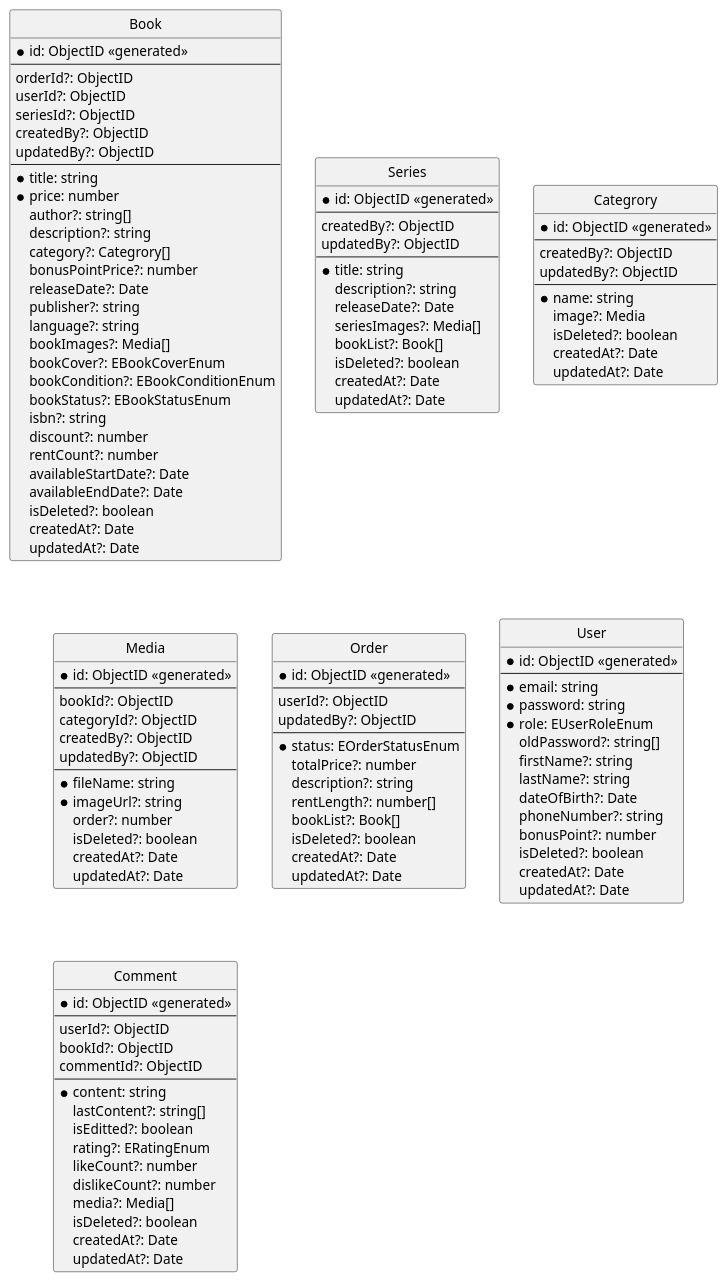
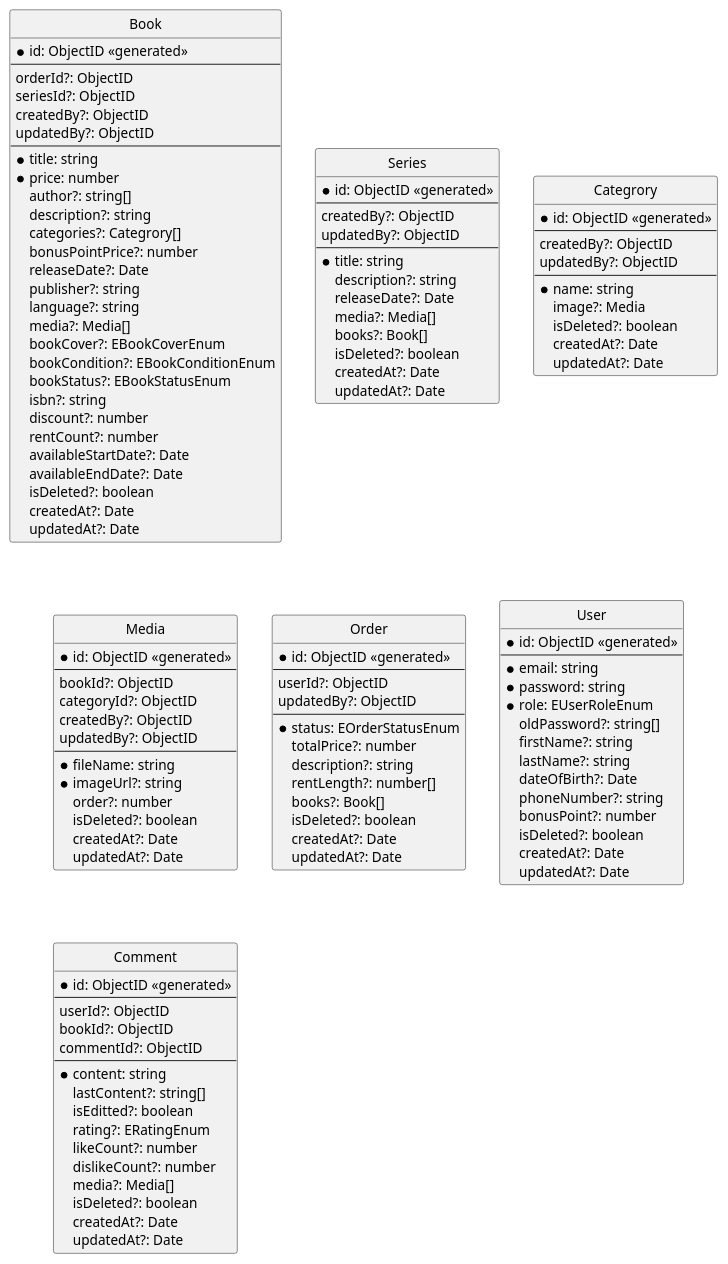
Before and after one commit to taint3110/bookshare: the diagram in docs/ERD/ERD.puml, drawn with PlantUML. The commit also changed 26 other files, not shown here.

```diff
--- a/docs/ERD/ERD.puml
+++ b/docs/ERD/ERD.puml
@@ -1,174 +1,173 @@
 @startuml BookShare Entity Relationship Diagram
 hide circle
 skinparam linetype ortho
 
 
 entity "Book" as book {
   *id: ObjectID <<generated>>
   --
   orderId?: ObjectID
-  userId?: ObjectID
   seriesId?: ObjectID
   createdBy?: ObjectID
   updatedBy?: ObjectID
   --
   *title: string
   *price: number
   author?: string[]
   description?: string
-  category?: Categrory[]
+  categories?: Categrory[]
   bonusPointPrice?: number
   releaseDate?: Date
   publisher?: string
   language?: string
-  bookImages?: Media[]
+  media?: Media[]
   bookCover?: EBookCoverEnum
   ' enum EBookCoverEnum {
   '   SOFT = 'soft',
   '   HARD = 'hard',
   ' }
   bookCondition?: EBookConditionEnum
   ' enum EBookConditionEnum {
   '   NEW = 'new',
   '   OLD = 'old',
   '   DAMAGED = 'damaged',
   '   LOST = 'lost',
   ' }
   bookStatus?: EBookStatusEnum
   ' enum EBookStatusEnum {
   '   AVAILABLE = 'available',
   '   UNAVAILABLE = 'unavailable',
   '   RENTED = '  ',
   ' }
   isbn?: string
   discount?: number
   rentCount?: number
   availableStartDate?: Date
   availableEndDate?: Date
   isDeleted?: boolean
   createdAt?: Date
   updatedAt?: Date
 }
 
 entity "Series" as series {
   *id: ObjectID <<generated>>
   --
   createdBy?: ObjectID
   updatedBy?: ObjectID
   --
   *title: string
   description?: string
   releaseDate?: Date
-  seriesImages?: Media[]
-  bookList?: Book[]
+  media?: Media[]
+  books?: Book[]
   isDeleted?: boolean
   createdAt?: Date
   updatedAt?: Date
 }
 
 
 entity "Categrory" as category {
   *id: ObjectID <<generated>>
   --
   createdBy?: ObjectID
   updatedBy?: ObjectID
   --
   *name: string
   image?: Media
   isDeleted?: boolean
   createdAt?: Date
   updatedAt?: Date
 }
 
 entity "Media" as media {
   *id: ObjectID <<generated>>
   --
   bookId?: ObjectID
   categoryId?: ObjectID
   createdBy?: ObjectID
   updatedBy?: ObjectID
   --
   *fileName: string
   *imageUrl?: string
   order?: number
   isDeleted?: boolean
   createdAt?: Date
   updatedAt?: Date
 }
 
 
 entity "Order" as order {
   *id: ObjectID <<generated>>
   --
   userId?: ObjectID
   updatedBy?: ObjectID
   --
   *status: EOrderStatusEnum
   ' enum EApplicantStatus {
   '   NEW = 'new',
   '   READY = 'ready',
   '   DONE = 'done',
   '   FAILED = 'failed',
   '   CANCELLED = 'cancelled',
   '   RETURNED = 'returned',
   '   REFUNDED = 'refunded',
   '   OVERDUE = 'overdue',
   ' }
   totalPrice?: number
   description?: string
   rentLength?: number[]
-  bookList?: Book[]
+  books?: Book[]
   isDeleted?: boolean
   createdAt?: Date
   updatedAt?: Date
 }
 
 entity "User" as user {
   *id: ObjectID <<generated>>
   --
   *email: string
   *password: string
   *role: EUserRoleEnum
   ' enum EUserRoleEnum {
   '   ADMIN = 'admin',
   '   CUSTOMER = 'customer',
   '   STAFF = 'staff',
   ' }
   oldPassword?: string[]
   firstName?: string
   lastName?: string
   dateOfBirth?: Date
   phoneNumber?: string
   bonusPoint?: number
   isDeleted?: boolean
   createdAt?: Date
   updatedAt?: Date
 }
 
 entity "Comment" as comment {
   *id: ObjectID <<generated>>
   --
   userId?: ObjectID
   bookId?: ObjectID
   commentId?: ObjectID
   --
   *content: string
   lastContent?: string[]
   isEditted?: boolean
   rating?: ERatingEnum
   ' ERatingEnum {
   '  ONE = 1,
   '  TWO = 2,
   '  THREE = 3,
   '  FOUR = 4,
   '  FIVE = 5,
   ' }
   likeCount?: number
   dislikeCount?: number
   media?: Media[]
   isDeleted?: boolean
   createdAt?: Date
   updatedAt?: Date
 }
 
 @enduml
```
